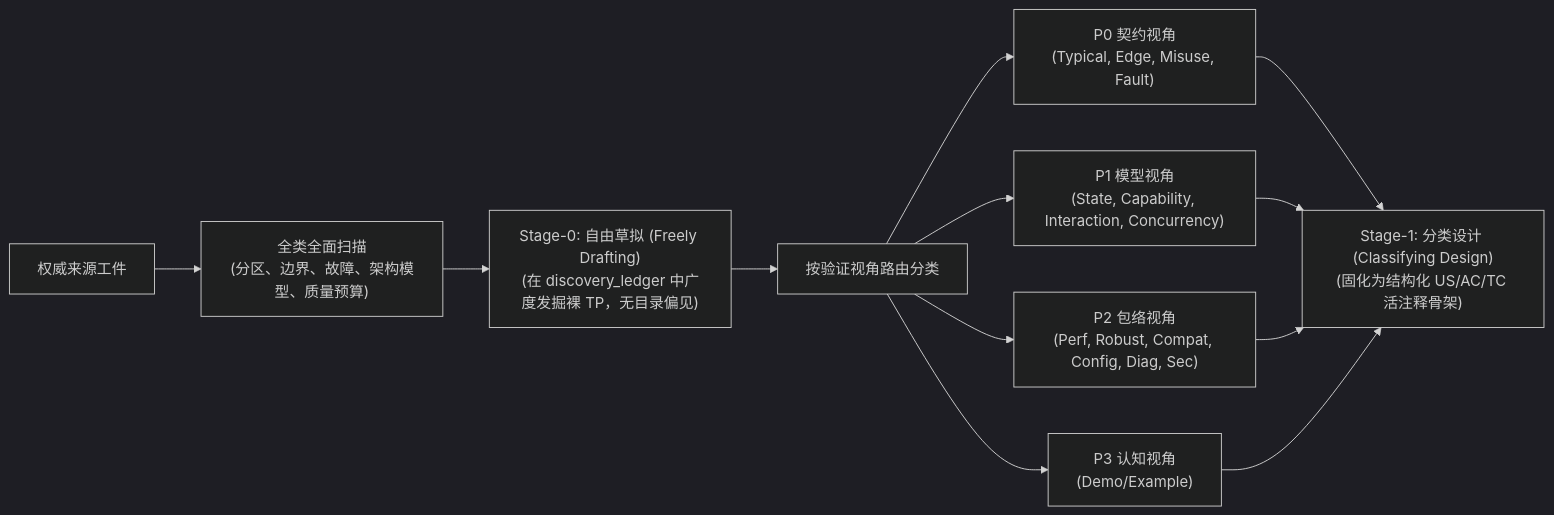
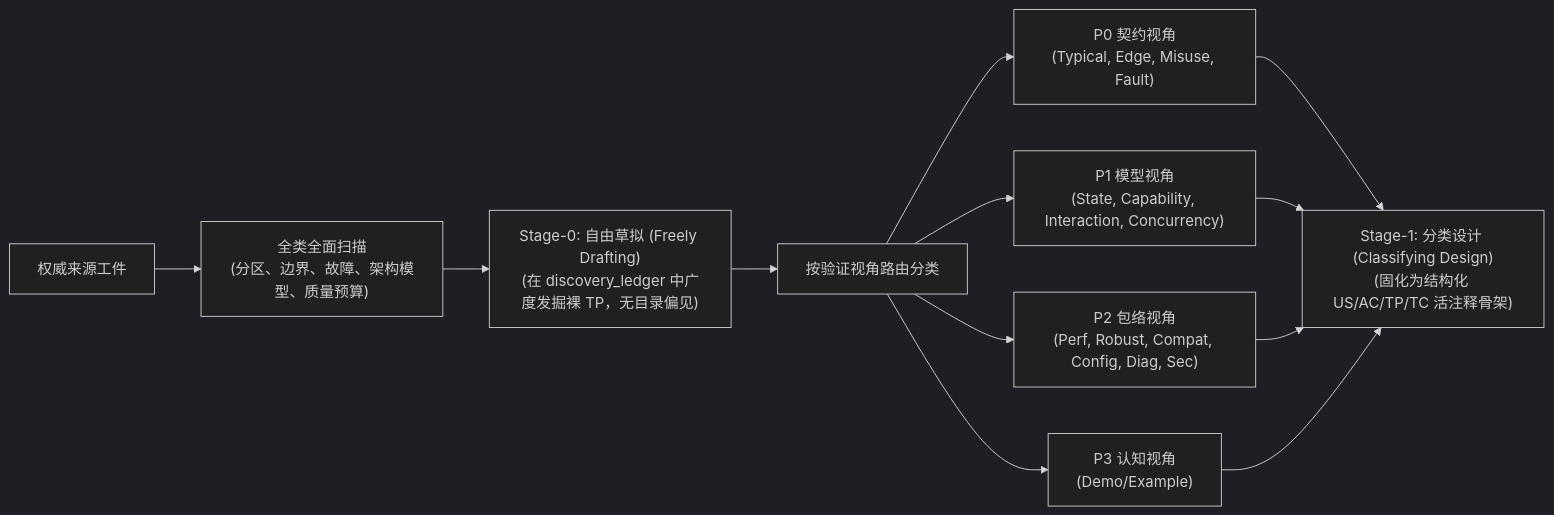
One commit to EnigmaWU/MyCaTDD changed the third of 3 diagrams in README_UbiLang_ZH.md. Above: the diagram before and after it, drawn with Mermaid (dark theme). The commit also changed other lines of this file and 29 other files, not shown here.

````diff
--- a/README_UbiLang_ZH.md
+++ b/README_UbiLang_ZH.md
@@ -187,14 +202,14 @@
 ```mermaid
 flowchart LR
     Sources["权威来源工件"] --> Sweep["全类全面扫描<br/>(分区、边界、故障、架构模型、质量预算)"]
     Sweep --> Stage0["Stage-0: 自由草拟 (Freely Drafting)<br/>(在 discovery_ledger 中广度发掘裸 TP，无目录偏见)"]
     Stage0 --> Route["按验证视角路由分类"]
     Route --> P0["P0 契约视角<br/>(Typical, Edge, Misuse, Fault)"]
     Route --> P1["P1 模型视角<br/>(State, Capability, Interaction, Concurrency)"]
     Route --> P2["P2 包络视角<br/>(Perf, Robust, Compat, Config, Diag, Sec)"]
     Route --> P3["P3 认知视角<br/>(Demo/Example)"]
-    P0 --> Stage1["Stage-1: 分类设计 (Classifying Design)<br/>(固化为结构化 US/AC/TC 活注释骨架)"]
+    P0 --> Stage1["Stage-1: 分类设计 (Classifying Design)<br/>(固化为结构化 US/AC/TP/TC 活注释骨架)"]
     P1 --> Stage1
     P2 --> Stage1
     P3 --> Stage1
 ```
````
